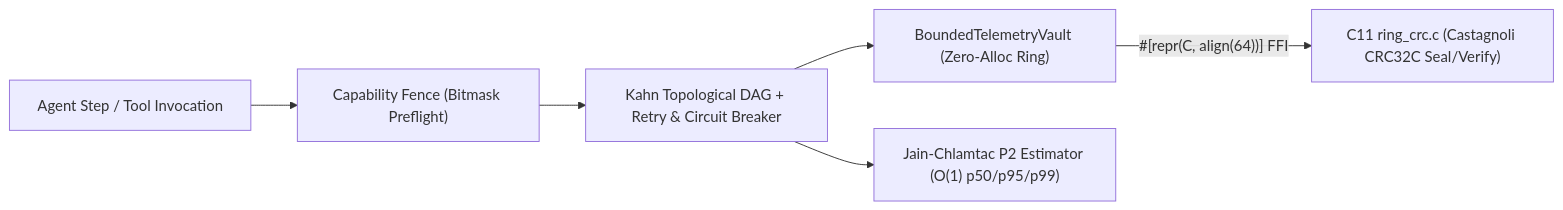
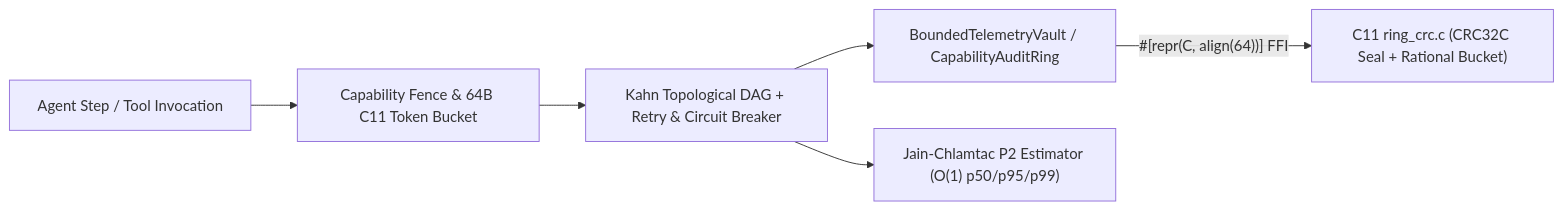
One commit to nahianakhtar/polyglot-agent-runtime-rs changed the diagram in README.md. Above: the diagram before and after it, drawn with Mermaid. The commit also changed other lines of this file and 10 other files, not shown here.

First line of the commit message:
feat: release v1.2.0 (wasm32 P2 quantiles, 64B C11 rational token-bucket & CRC32C audit ring) (#1)

````diff
--- a/README.md
+++ b/README.md
@@ -14,8 +15,8 @@
 ```mermaid
 flowchart LR
-    Agent["Agent Step / Tool Invocation"] --> Fence["Capability Fence (Bitmask Preflight)"]
+    Agent["Agent Step / Tool Invocation"] --> Fence["Capability Fence & 64B C11 Token Bucket"]
     Fence --> DAG["Kahn Topological DAG + Retry & Circuit Breaker"]
-    DAG --> Vault["BoundedTelemetryVault<N> (Zero-Alloc Ring)"]
-    Vault -->|"#[repr(C, align(64))] FFI"| C11["C11 ring_crc.c (Castagnoli CRC32C Seal/Verify)"]
+    DAG --> Vault["BoundedTelemetryVault<N> / CapabilityAuditRing"]
+    Vault -->|"#[repr(C, align(64))] FFI"| C11["C11 ring_crc.c (CRC32C Seal + Rational Bucket)"]
     DAG --> P2["Jain-Chlamtac P2 Estimator (O(1) p50/p95/p99)"]
 ```
````
